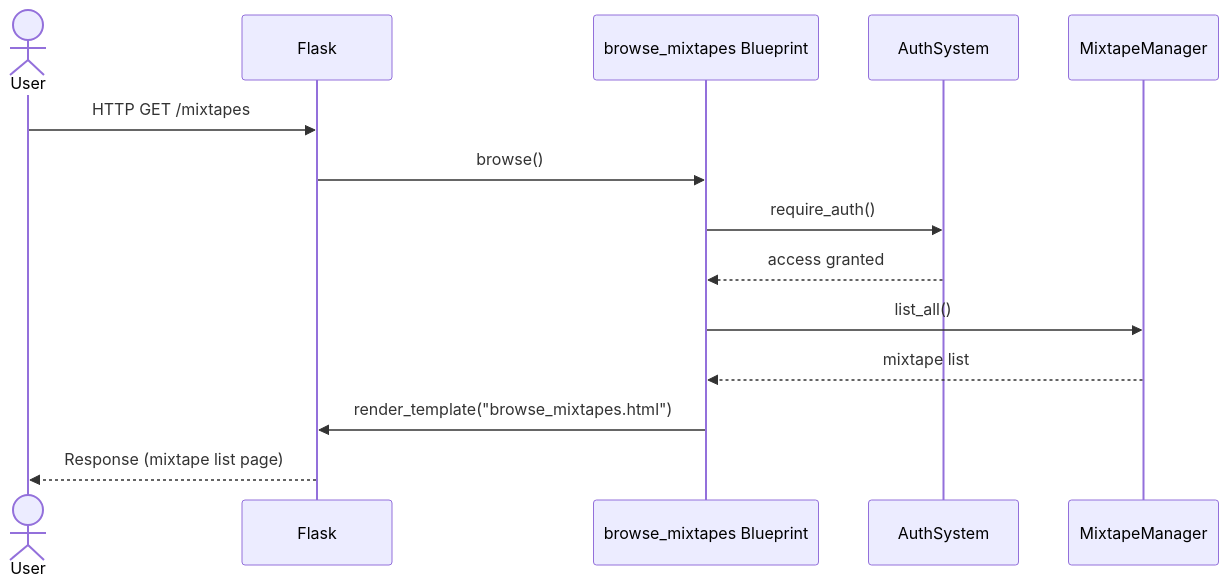
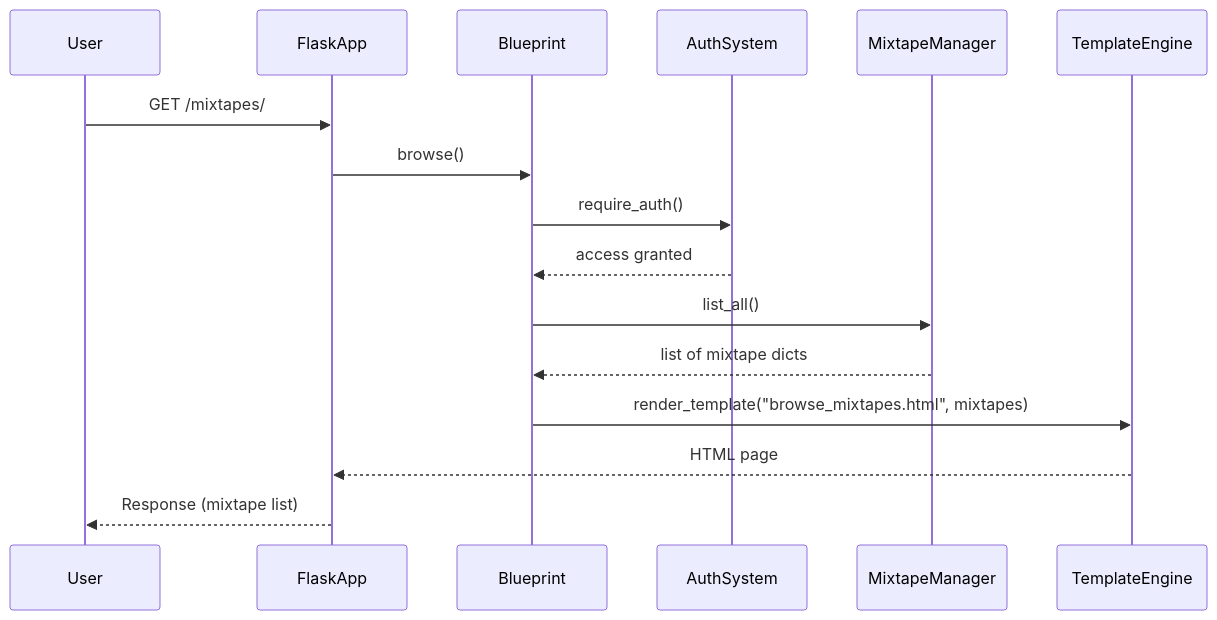
One commit to mark-me/mixtape-society changed the second of 3 diagrams in docs/development/routes/browse_mixtapes.md. Above: the diagram before and after it, drawn with Mermaid. The commit also changed other lines of this file and 1 other file, not shown here.

````diff
--- a/docs/development/routes/browse_mixtapes.md
+++ b/docs/development/routes/browse_mixtapes.md
@@ -7,17 +150,19 @@
 ```mermaid
 sequenceDiagram
-    actor User
-    participant Flask
-    participant BrowseMixtapesBlueprint as browse_mixtapes Blueprint
+    participant User
+    participant FlaskApp
+    participant browse_mixtapes as Blueprint
     participant AuthSystem
     participant MixtapeManager
+    participant TemplateEngine
 
-    User->>Flask: HTTP GET /mixtapes
-    Flask->>BrowseMixtapesBlueprint: browse()
-    BrowseMixtapesBlueprint->>AuthSystem: require_auth()
-    AuthSystem-->>BrowseMixtapesBlueprint: access granted
-    BrowseMixtapesBlueprint->>MixtapeManager: list_all()
-    MixtapeManager-->>BrowseMixtapesBlueprint: mixtape list
-    BrowseMixtapesBlueprint->>Flask: render_template("browse_mixtapes.html")
-    Flask-->>User: Response (mixtape list page)
+    User->>FlaskApp: GET /mixtapes/
+    FlaskApp->>browse_mixtapes: browse()
+    browse_mixtapes->>AuthSystem: require_auth()
+    AuthSystem-->>browse_mixtapes: access granted
+    browse_mixtapes->>MixtapeManager: list_all()
+    MixtapeManager-->>browse_mixtapes: list of mixtape dicts
+    browse_mixtapes->>TemplateEngine: render_template("browse_mixtapes.html", mixtapes)
+    TemplateEngine-->>FlaskApp: HTML page
+    FlaskApp-->>User: Response (mixtape list)
 ```
````
